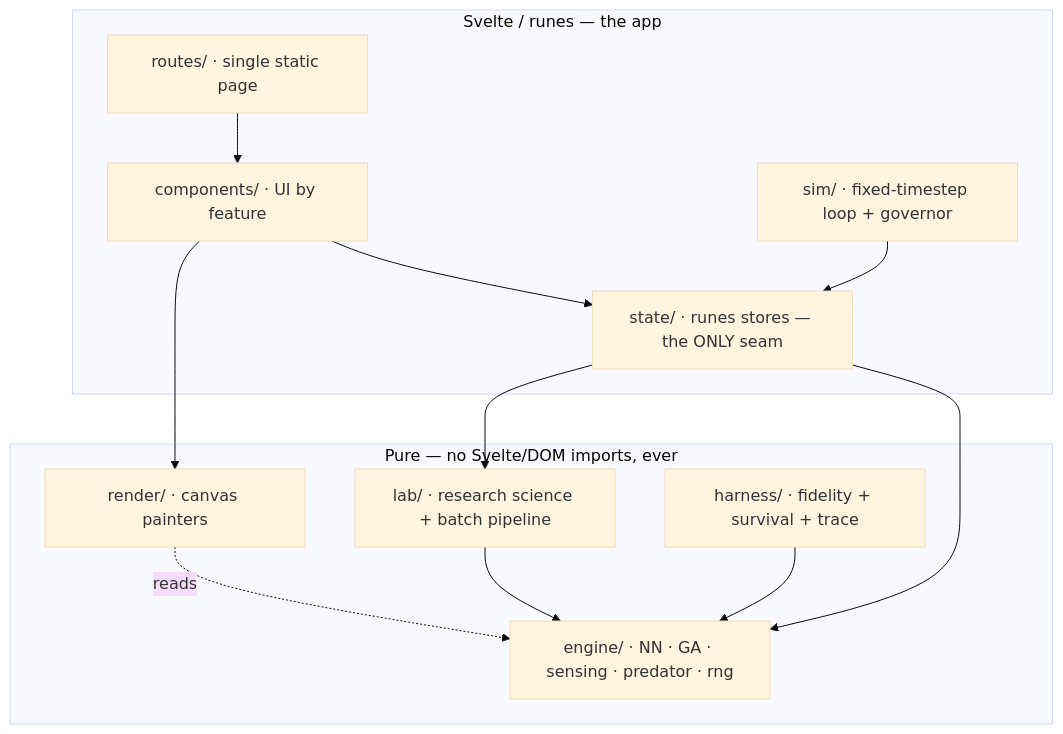
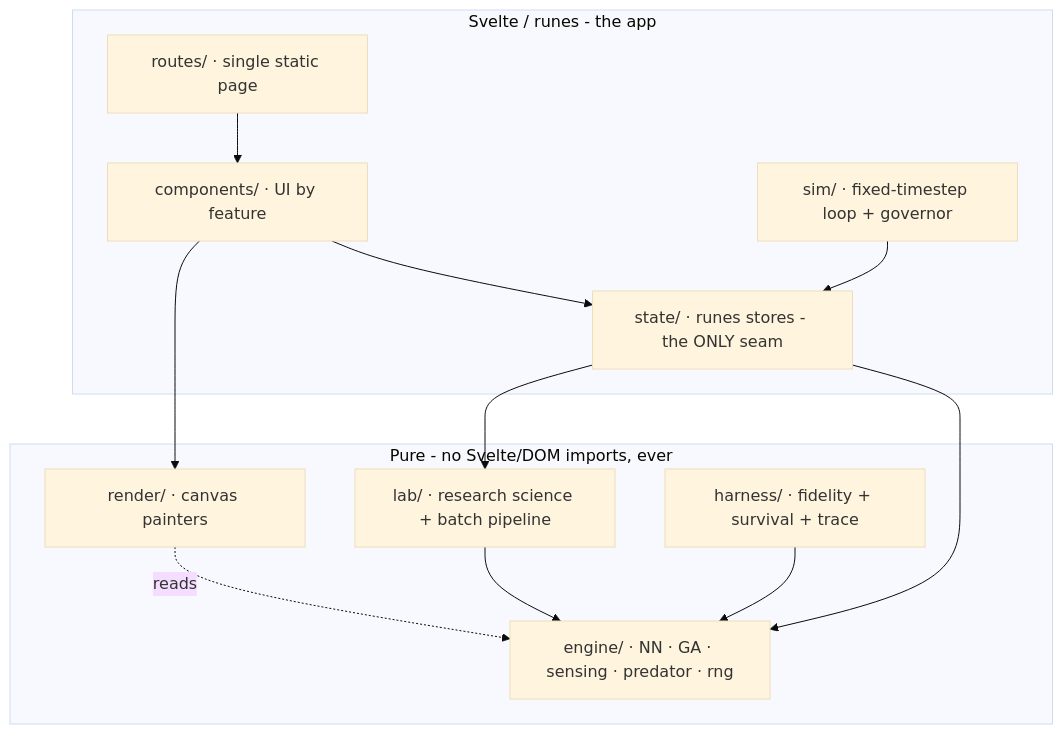
Before and after one commit to PouyanJay/darwinlab: the second of 4 diagrams in ARCHITECTURE.md, drawn with Mermaid (base theme). The commit also changed other lines of this file and 323 other files, not shown here.

````diff
--- a/ARCHITECTURE.md
+++ b/ARCHITECTURE.md
@@ -30,24 +30,24 @@
 ```mermaid
 flowchart TD
-    subgraph reactive["Svelte / runes — the app"]
+    subgraph reactive["Svelte / runes - the app"]
         routes["routes/ · single static page"]
         components["components/ · UI by feature"]
         sim["sim/ · fixed-timestep loop + governor"]
-        state["state/ · runes stores — the ONLY seam"]
+        state["state/ · runes stores - the ONLY seam"]
     end
-    subgraph pure["Pure — no Svelte/DOM imports, ever"]
+    subgraph pure["Pure - no Svelte/DOM imports, ever"]
         engine["engine/ · NN · GA · sensing · predator · rng"]
         lab["lab/ · research science + batch pipeline"]
         render["render/ · canvas painters"]
         harness["harness/ · fidelity + survival + trace"]
     end
     routes --> components
     components --> state
     components --> render
     sim --> state
     state --> engine
     state --> lab
     lab --> engine
     harness --> engine
     render -. reads .-> engine
 ```
````
